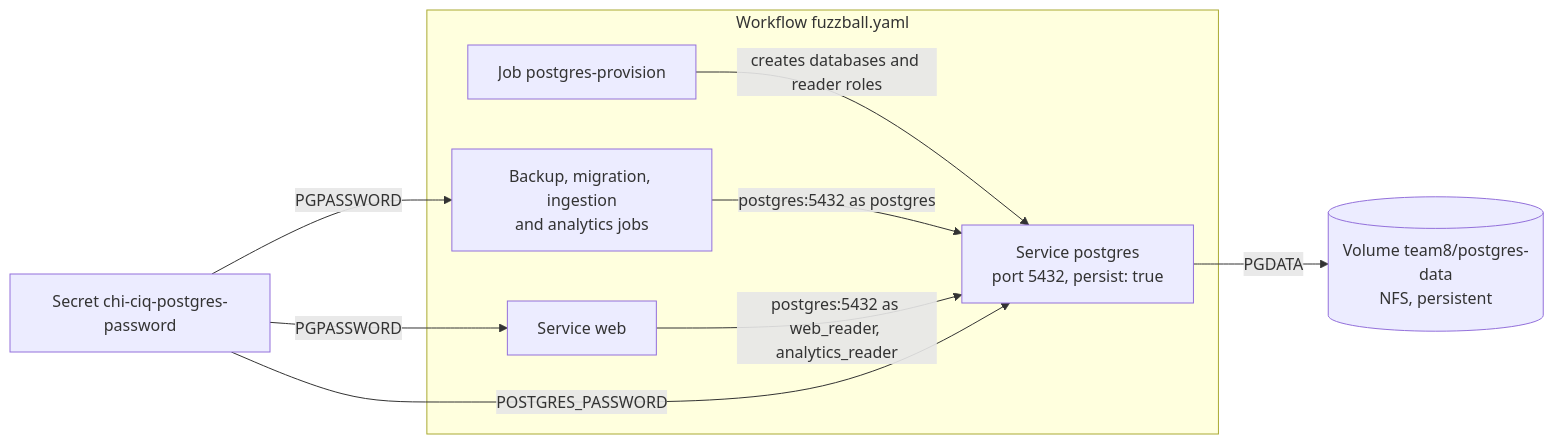
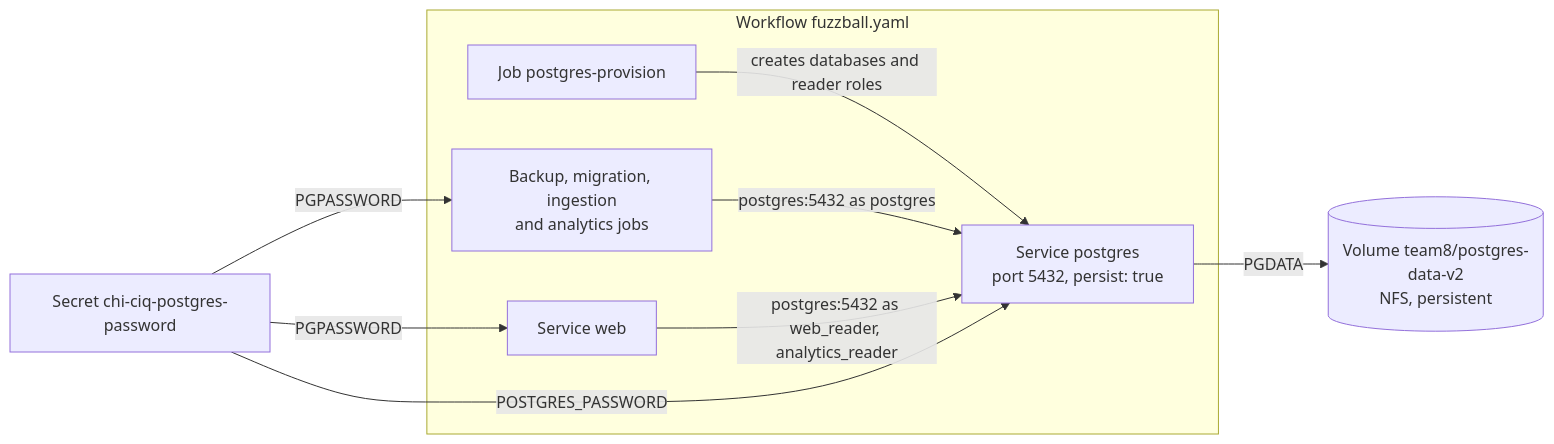
One commit to ek775/chi-ciq-26 changed the diagram in README.md. Above: the diagram before and after it, drawn with Mermaid. The commit also changed other lines of this file and 3 other files, not shown here.

````diff
--- a/README.md
+++ b/README.md
@@ -191,18 +197,18 @@
 ```mermaid
 flowchart LR
   subgraph deployment_workflow["Workflow fuzzball.yaml"]
     postgres_service["Service postgres<br/>port 5432, persist: true"]
     provision_job["Job postgres-provision"]
     pipeline_jobs["Backup, migration, ingestion<br/>and analytics jobs"]
     web_service["Service web"]
   end
-  data_volume[("Volume team8/postgres-data<br/>NFS, persistent")]
+  data_volume[("Volume team8/postgres-data-v2<br/>NFS, persistent")]
   password_secret["Secret chi-ciq-postgres-password"]
   provision_job -->|"creates databases and reader roles"| postgres_service
   pipeline_jobs -->|"postgres:5432 as postgres"| postgres_service
   web_service -->|"postgres:5432 as web_reader, analytics_reader"| postgres_service
   postgres_service -->|"PGDATA"| data_volume
   password_secret -->|"POSTGRES_PASSWORD"| postgres_service
   password_secret -->|"PGPASSWORD"| pipeline_jobs
   password_secret -->|"PGPASSWORD"| web_service
 ```
````
